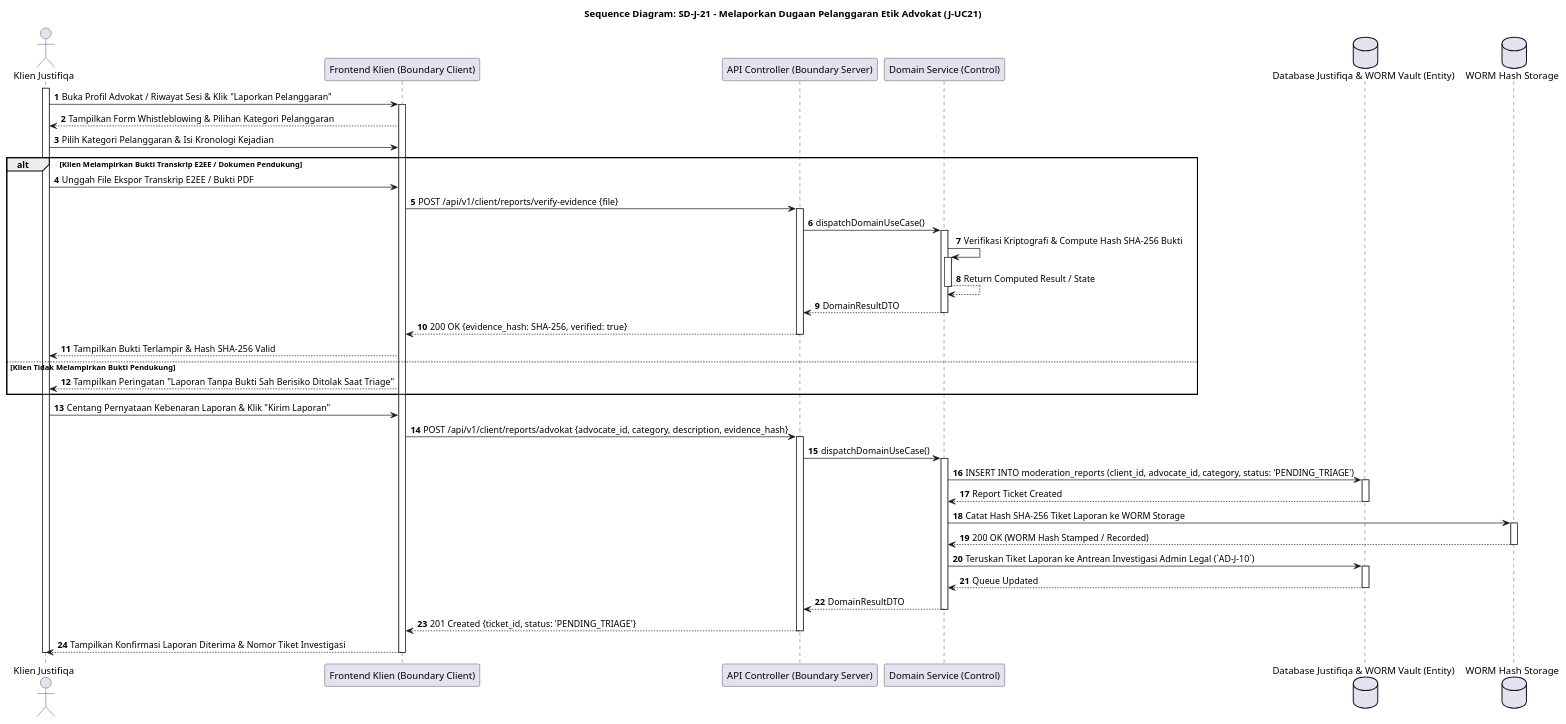
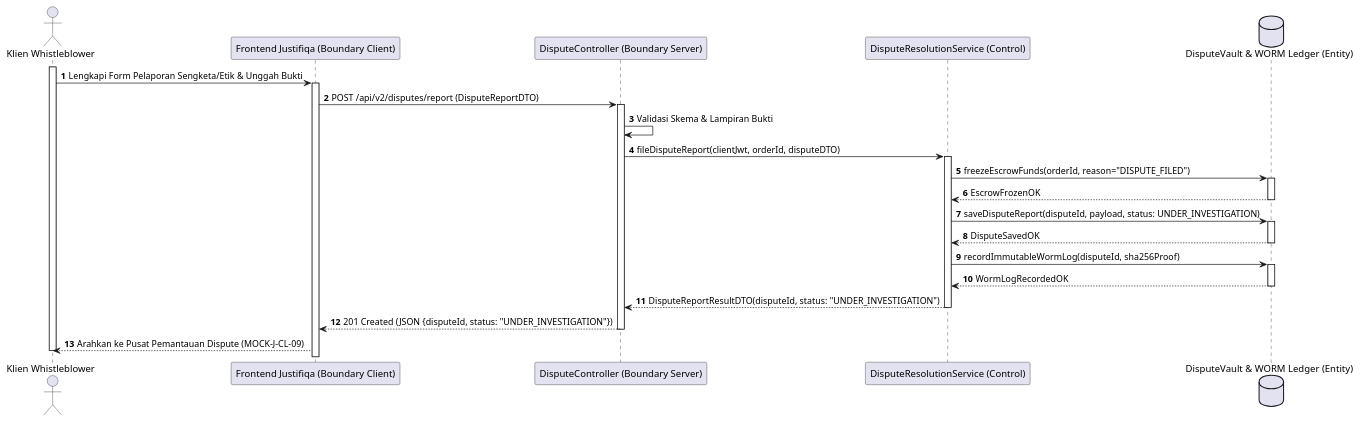
Before and after one commit to tupperwureism/SuperApp-Gagal: diagram 14 of 28 in MarkDown/plantuml_sequence_diagrams.md, drawn with PlantUML. The commit also changed other lines of this file and 1 other file, not shown here.

Commit message:
fix(sequence-diagrams): regenerate all 28 Sequence Diagrams with deterministic hand-crafted 5-Lifeline BCE flows

````diff
--- a/MarkDown/plantuml_sequence_diagrams.md
+++ b/MarkDown/plantuml_sequence_diagrams.md
@@ -929,46 +560,26 @@
 ```plantuml
 @startuml
-title Sequence Diagram: SD-J-21 - Melaporkan Dugaan Pelanggaran Etik Advokat (J-UC21)
 autonumber
-actor "Klien Justifiqa" as Klien
-participant "Frontend Klien (Boundary Client)" as B_FE
-participant "API Controller (Boundary Server)" as B_BE
-participant "Domain Service (Control)" as C_Svc
-participant "Backend Independen Justifiqa" as C_Svc
-database "Database Justifiqa & WORM Vault (Entity)" as E_DB
-database "WORM Hash Storage" as WORM
+actor "Klien Whistleblower" as User
+participant "Frontend Justifiqa (Boundary Client)" as B_FE
+participant "DisputeController (Boundary Server)" as B_BE
+participant "DisputeResolutionService (Control)" as C_Svc
+database "DisputeVault & WORM Ledger (Entity)" as E_DB
 
-activate Klien
-Klien -> B_FE ++ : Buka Profil Advokat / Riwayat Sesi & Klik "Laporkan Pelanggaran"
-B_FE --> Klien : Tampilkan Form Whistleblowing & Pilihan Kategori Pelanggaran
-Klien -> B_FE : Pilih Kategori Pelanggaran & Isi Kronologi Kejadian
-
-alt Klien Melampirkan Bukti Transkrip E2EE / Dokumen Pendukung
-    Klien -> B_FE : Unggah File Ekspor Transkrip E2EE / Bukti PDF
-    B_FE -> B_BE ++ : POST /api/v1/client/reports/verify-evidence {file}
-    B_BE -> C_Svc ++ : dispatchDomainUseCase()
-    C_Svc -> C_Svc ++ : Verifikasi Kriptografi & Compute Hash SHA-256 Bukti
-    C_Svc --> C_Svc -- : Return Computed Result / State
-    C_Svc --> B_BE -- : DomainResultDTO
-    B_BE --> B_FE -- : 200 OK {evidence_hash: SHA-256, verified: true}
-    B_FE --> Klien : Tampilkan Bukti Terlampir & Hash SHA-256 Valid
-else Klien Tidak Melampirkan Bukti Pendukung
-    B_FE --> Klien : Tampilkan Peringatan "Laporan Tanpa Bukti Sah Berisiko Ditolak Saat Triage"
-end
-
-Klien -> B_FE : Centang Pernyataan Kebenaran Laporan & Klik "Kirim Laporan"
-B_FE -> B_BE ++ : POST /api/v1/client/reports/advokat {advocate_id, category, description, evidence_hash}
-    B_BE -> C_Svc ++ : dispatchDomainUseCase()
-C_Svc -> E_DB ++ : INSERT INTO moderation_reports (client_id, advocate_id, category, status: 'PENDING_TRIAGE')
-E_DB --> C_Svc -- : Report Ticket Created
-C_Svc -> WORM ++ : Catat Hash SHA-256 Tiket Laporan ke WORM Storage
-WORM --> C_Svc -- : 200 OK (WORM Hash Stamped / Recorded)
-C_Svc -> E_DB ++ : Teruskan Tiket Laporan ke Antrean Investigasi Admin Legal (`AD-J-10`)
-E_DB --> C_Svc -- : Queue Updated
-C_Svc --> B_BE -- : DomainResultDTO
-    B_BE --> B_FE -- : 201 Created {ticket_id, status: 'PENDING_TRIAGE'}
-B_FE --> Klien : Tampilkan Konfirmasi Laporan Diterima & Nomor Tiket Investigasi
-deactivate B_FE
-deactivate Klien
+activate User
+User -> B_FE ++ : Lengkapi Form Pelaporan Sengketa/Etik & Unggah Bukti
+B_FE -> B_BE ++ : POST /api/v2/disputes/report (DisputeReportDTO)
+B_BE -> B_BE : Validasi Skema & Lampiran Bukti
+B_BE -> C_Svc ++ : fileDisputeReport(clientJwt, orderId, disputeDTO)
+C_Svc -> E_DB ++ : freezeEscrowFunds(orderId, reason="DISPUTE_FILED")
+E_DB --> C_Svc -- : EscrowFrozenOK
+C_Svc -> E_DB ++ : saveDisputeReport(disputeId, payload, status: UNDER_INVESTIGATION)
+E_DB --> C_Svc -- : DisputeSavedOK
+C_Svc -> E_DB ++ : recordImmutableWormLog(disputeId, sha256Proof)
+E_DB --> C_Svc -- : WormLogRecordedOK
+C_Svc --> B_BE -- : DisputeReportResultDTO(disputeId, status: "UNDER_INVESTIGATION")
+B_BE --> B_FE -- : 201 Created (JSON {disputeId, status: "UNDER_INVESTIGATION"})
+B_FE --> User : Arahkan ke Pusat Pemantauan Dispute (MOCK-J-CL-09)
+deactivate User
 @enduml
 ```
````
